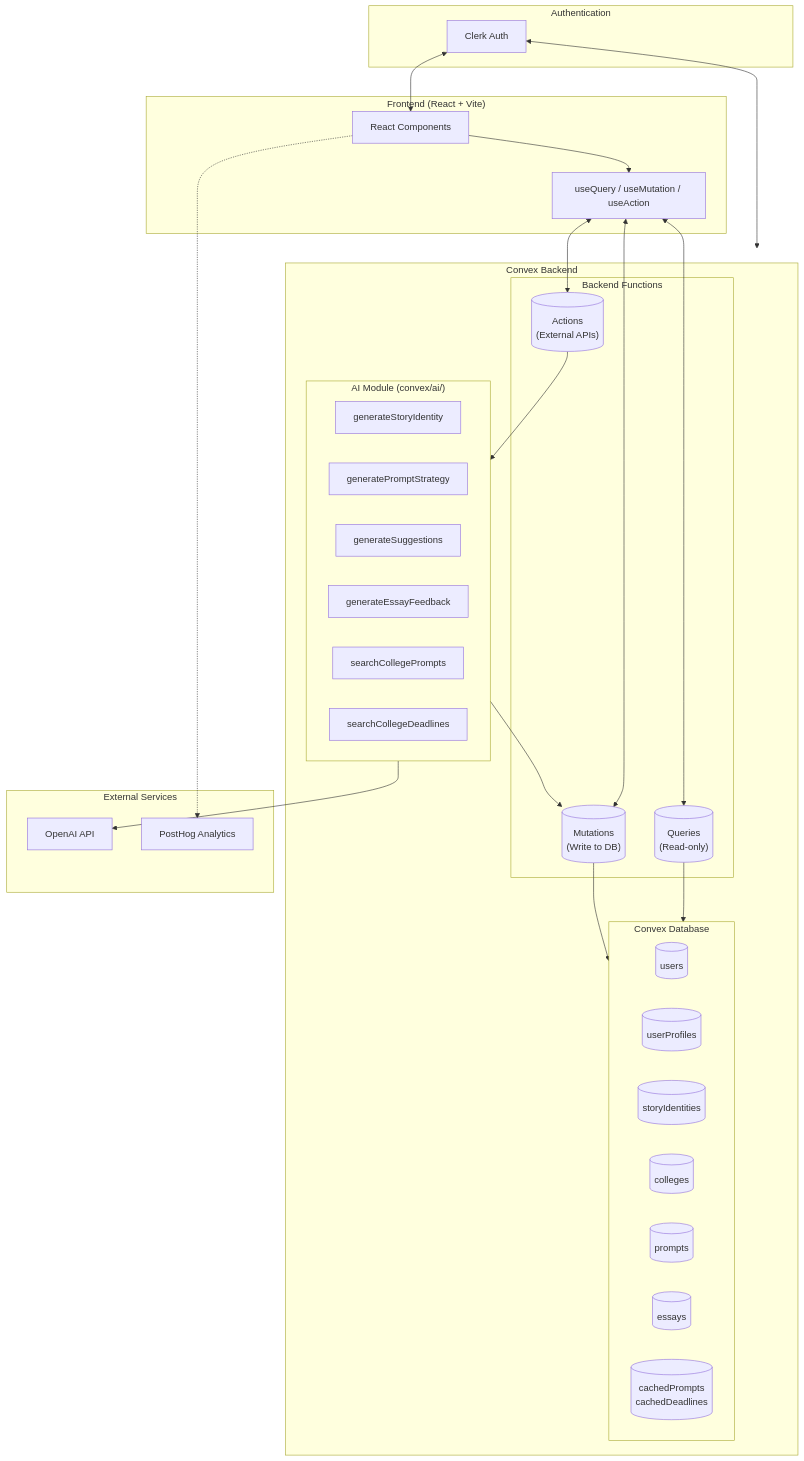
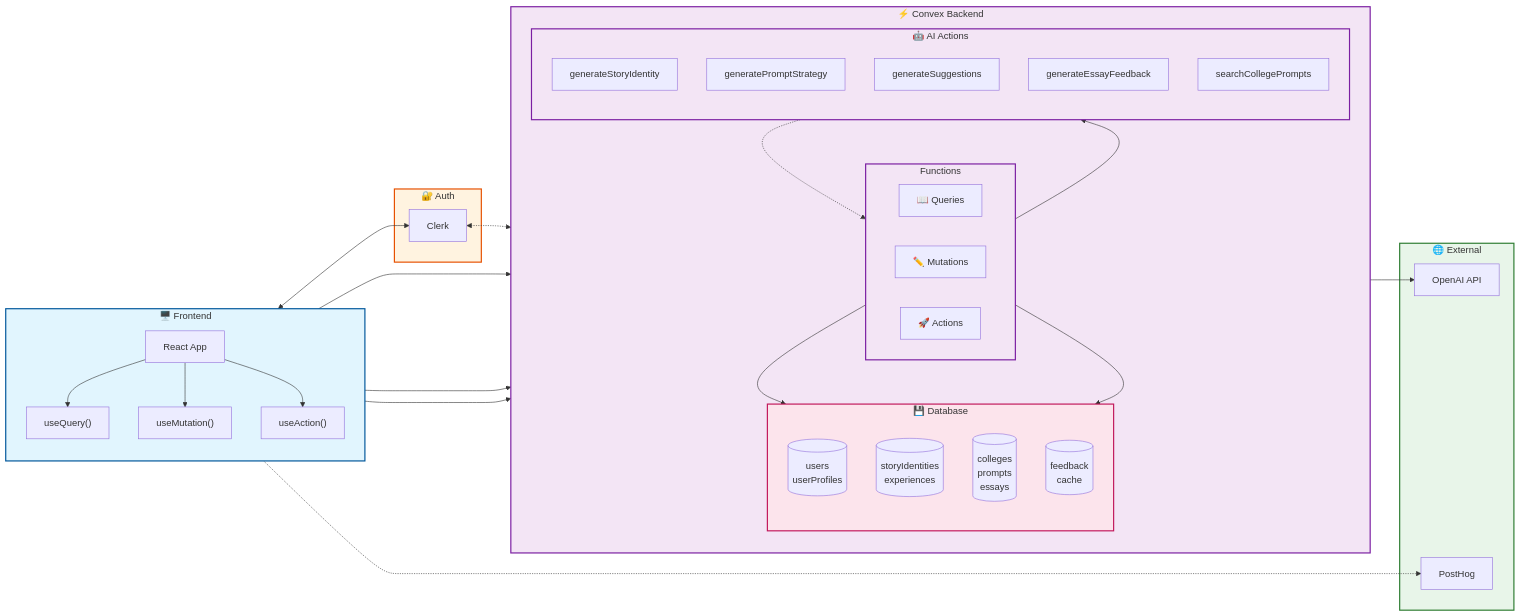
One commit to AshniZ-3193/Collee---Antigravity changed the diagram in README.md. Above: the diagram before and after it, drawn with Mermaid. The commit also changed other lines of this file, not shown here.

Commit message:
updated diagram

````diff
--- a/README.md
+++ b/README.md
@@ -40,59 +40,79 @@
 ```mermaid
-flowchart TB
-    subgraph Client["Frontend (React + Vite)"]
-        UI[React Components]
-        Hooks[useQuery / useMutation / useAction]
+flowchart LR
+    subgraph CLIENT["🖥️ Frontend"]
+        direction TB
+        React["React App"]
+        React --> useQuery["useQuery()"]
+        React --> useMutation["useMutation()"]
+        React --> useAction["useAction()"]
     end
 
-    subgraph Auth["Authentication"]
-        Clerk[Clerk Auth]
+    subgraph AUTH["🔐 Auth"]
+        Clerk["Clerk"]
     end
 
-    subgraph Convex["Convex Backend"]
-        subgraph Functions["Backend Functions"]
-            Queries[("Queries<br/>(Read-only)")]
-            Mutations[("Mutations<br/>(Write to DB)")]
-            Actions[("Actions<br/>(External APIs)")]
+    subgraph CONVEX["⚡ Convex Backend"]
+        direction TB
+        
+        subgraph FUNCS["Functions"]
+            direction LR
+            Q["📖 Queries"]
+            M["✏️ Mutations"]
+            A["🚀 Actions"]
         end
-        
-        subgraph AI["AI Module (convex/ai/)"]
-            StoryGen[generateStoryIdentity]
-            PromptStrat[generatePromptStrategy]
-            Suggestions[generateSuggestions]
-            Feedback[generateEssayFeedback]
-            PromptsCache[searchCollegePrompts]
-            DeadlinesCache[searchCollegeDeadlines]
+
+        subgraph AI["🤖 AI Actions"]
+            direction TB
+            AI1["generateStoryIdentity"]
+            AI2["generatePromptStrategy"]
+            AI3["generateSuggestions"]
+            AI4["generateEssayFeedback"]
+            AI5["searchCollegePrompts"]
         end
-        
-        subgraph DB["Convex Database"]
-            Users[(users)]
-            Profiles[(userProfiles)]
-            Stories[(storyIdentities)]
-            Colleges[(colleges)]
-            Prompts[(prompts)]
-            Essays[(essays)]
-            Cache[(cachedPrompts<br/>cachedDeadlines)]
+
+        subgraph DB["💾 Database"]
+            direction TB
+            T1[("users<br/>userProfiles")]
+            T2[("storyIdentities<br/>experiences")]
+            T3[("colleges<br/>prompts<br/>essays")]
+            T4[("feedback<br/>cache")]
         end
     end
 
-    subgraph External["External Services"]
-        OpenAI[OpenAI API]
-        PostHog[PostHog Analytics]
+    subgraph EXT["🌐 External"]
+        OpenAI["OpenAI API"]
+        PostHog["PostHog"]
     end
 
-    UI --> Hooks
-    Hooks <--> Queries
-    Hooks <--> Mutations
-    Hooks <--> Actions
-    
-    Clerk <--> UI
-    Clerk <--> Convex
-    
-    Queries --> DB
-    Mutations --> DB
-    Actions --> AI
+    %% Client connections
+    React <--> Clerk
+    useQuery --> Q
+    useMutation --> M
+    useAction --> A
+
+    %% Backend connections
+    Q --> DB
+    M --> DB
+    A --> AI
     AI --> OpenAI
-    AI --> Mutations
-    
-    UI -.-> PostHog
+    AI -.-> M
+
+    %% Auth flow
+    Clerk <-.-> CONVEX
+
+    %% Analytics
+    React -.-> PostHog
+
+    %% Styling
+    classDef client fill:#e1f5fe,stroke:#01579b,stroke-width:2px
+    classDef auth fill:#fff3e0,stroke:#e65100,stroke-width:2px
+    classDef convex fill:#f3e5f5,stroke:#7b1fa2,stroke-width:2px
+    classDef external fill:#e8f5e9,stroke:#2e7d32,stroke-width:2px
+    classDef db fill:#fce4ec,stroke:#c2185b,stroke-width:2px
+
+    class CLIENT client
+    class AUTH auth
+    class CONVEX,FUNCS,AI convex
+    class DB db
+    class EXT external
 ```
````
